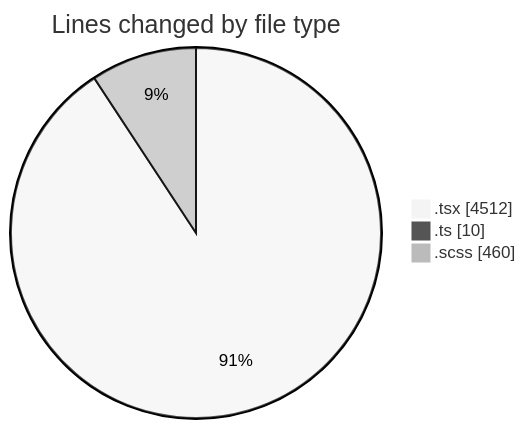
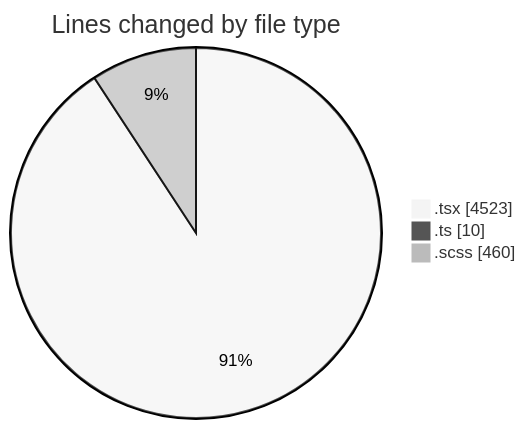
Before and after one commit to momahboobian/code-tracking: the first of 2 diagrams in 2025-11-17/cda/README.md, drawn with Mermaid (neutral theme). The commit also changed other lines of this file and 1 other file, not shown here.

````diff
--- a/2025-11-17/cda/README.md
+++ b/2025-11-17/cda/README.md
@@ -30,7 +30,7 @@
 ```mermaid
 pie showData
 title Lines changed by file type
-".tsx" : 4512
+".tsx" : 4523
 ".ts" : 10
 ".scss" : 460
 ```
````
